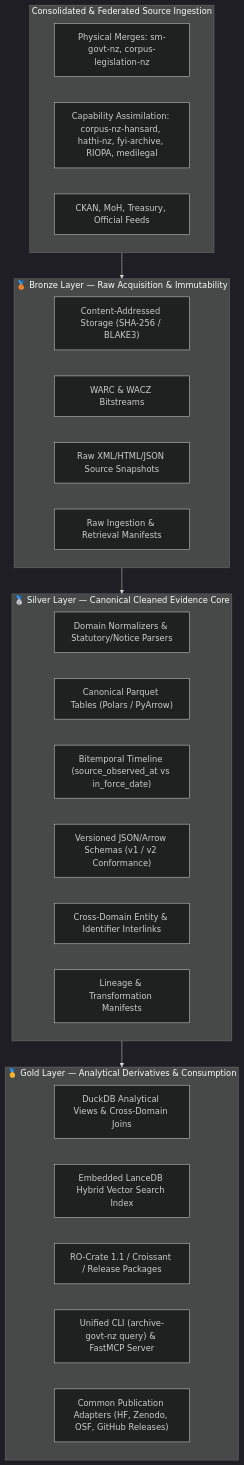
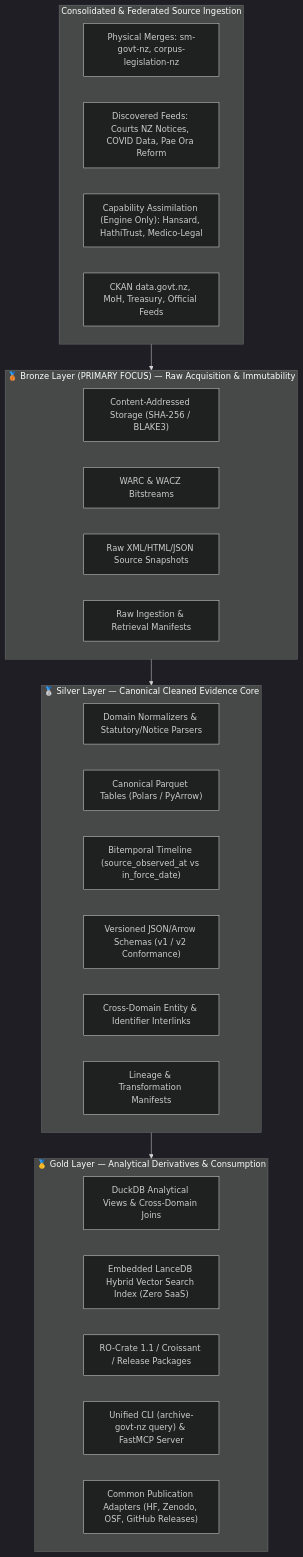
The diagram in conductor/tracks/medallion_architecture_consolidation_20260823/spec.md (edithatogo/archive-govt-nz), drawn with Mermaid (dark theme) before and after one commit. The commit also changed other lines of this file and 12 other files, not shown here.

Commit message:
chore(conductor): Update roadmap with finalized federation partners and Group 1 Bronze priority

````diff
--- a/conductor/tracks/medallion_architecture_consolidation_20260823/spec.md
+++ b/conductor/tracks/medallion_architecture_consolidation_20260823/spec.md
@@ -16,36 +16,37 @@
 ```mermaid
 flowchart TD
     subgraph Sources["Consolidated & Federated Source Ingestion"]
         PHYS["Physical Merges: sm-govt-nz, corpus-legislation-nz"]
-        CAP["Capability Assimilation: corpus-nz-hansard, hathi-nz, fyi-archive, RIOPA, medilegal"]
-        PUB_SRC["CKAN, MoH, Treasury, Official Feeds"]
+        DISC["Discovered Feeds: Courts NZ Notices, COVID Data, Pae Ora Reform"]
+        CAP["Capability Assimilation (Engine Only): Hansard, HathiTrust, Medico-Legal"]
+        PUB_SRC["CKAN data.govt.nz, MoH, Treasury, Official Feeds"]
     end
 
-    subgraph Bronze["🥉 Bronze Layer — Raw Acquisition & Immutability"]
+    subgraph Bronze["🥉 Bronze Layer (PRIMARY FOCUS) — Raw Acquisition & Immutability"]
         CAS["Content-Addressed Storage (SHA-256 / BLAKE3)"]
         WARC["WARC & WACZ Bitstreams"]
         RAW_SNAP["Raw XML/HTML/JSON Source Snapshots"]
         B_PROV["Raw Ingestion & Retrieval Manifests"]
     end
 
     subgraph Silver["🥈 Silver Layer — Canonical Cleaned Evidence Core"]
         NORM["Domain Normalizers & Statutory/Notice Parsers"]
         CANON_PQ["Canonical Parquet Tables (Polars / PyArrow)"]
         BITEMP["Bitemporal Timeline (source_observed_at vs in_force_date)"]
         CANON_SCH["Versioned JSON/Arrow Schemas (v1 / v2 Conformance)"]
         INTERLINK["Cross-Domain Entity & Identifier Interlinks"]
         S_PROV["Lineage & Transformation Manifests"]
     end
 
     subgraph Gold["🥇 Gold Layer — Analytical Derivatives & Consumption"]
         DUCK["DuckDB Analytical Views & Cross-Domain Joins"]
-        LANCE["Embedded LanceDB Hybrid Vector Search Index"]
+        LANCE["Embedded LanceDB Hybrid Vector Search Index (Zero SaaS)"]
         PUB_PKG["RO-Crate 1.1 / Croissant / Release Packages"]
         CLI_MCP["Unified CLI (archive-govt-nz query) & FastMCP Server"]
         DIST["Common Publication Adapters (HF, Zenodo, OSF, GitHub Releases)"]
     end
 
     Sources --> Bronze
     Bronze --> Silver
     Silver --> Gold
 ```
````
